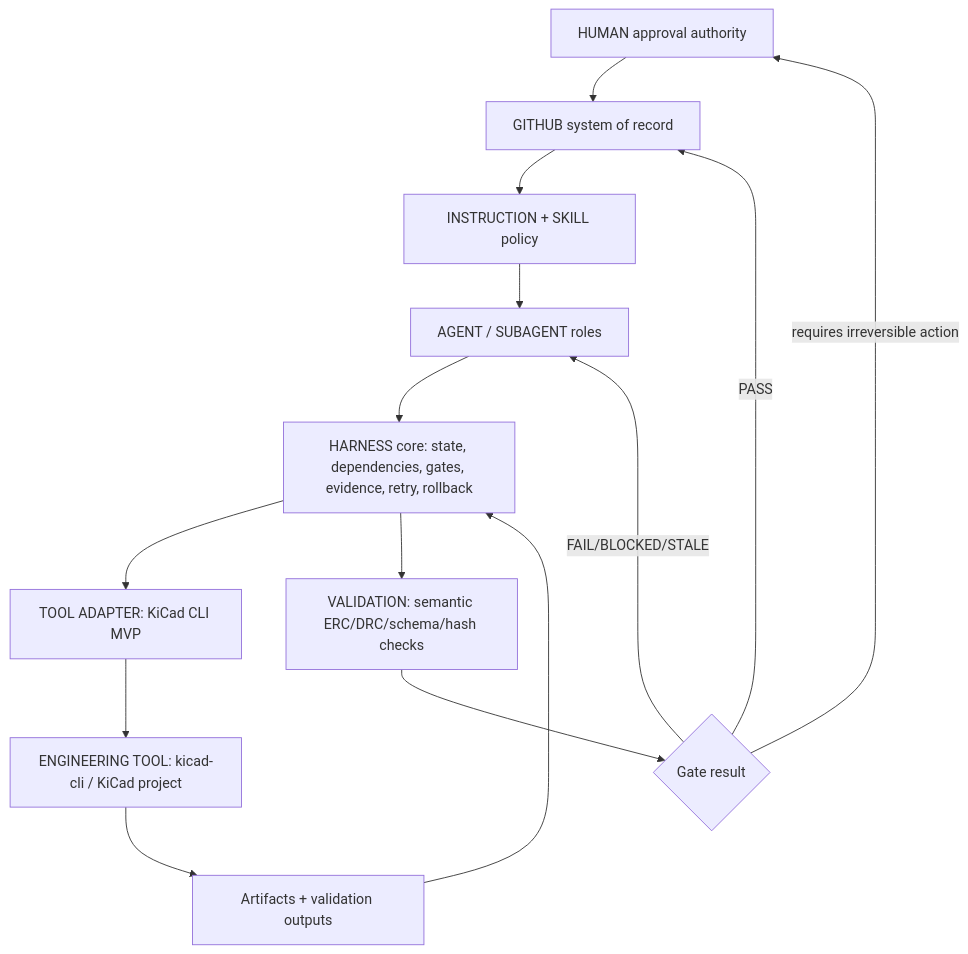
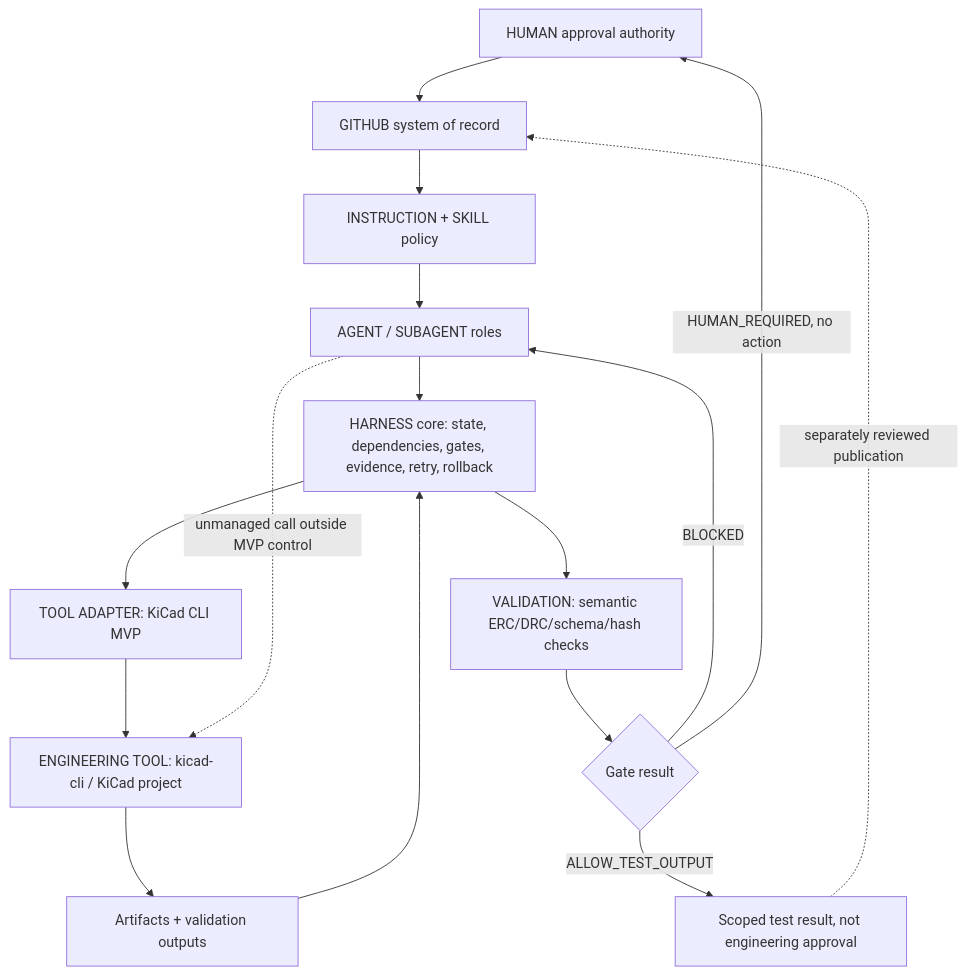
One commit to ktanino10/ai-hardware-engineering-team changed the diagram in docs/engineering-harness-research-2026-09-14/architecture-proposal.md. Above: the diagram before and after it, drawn with Mermaid. The commit also changed other lines of this file and 5 other files, not shown here.

````diff
--- a/docs/engineering-harness-research-2026-09-14/architecture-proposal.md
+++ b/docs/engineering-harness-research-2026-09-14/architecture-proposal.md
@@ -54,16 +54,18 @@
 ```mermaid
 flowchart TD
   Human[HUMAN approval authority] --> GitHub[GITHUB system of record]
   GitHub --> Instructions[INSTRUCTION + SKILL policy]
   Instructions --> Agent[AGENT / SUBAGENT roles]
   Agent --> Harness[HARNESS core: state, dependencies, gates, evidence, retry, rollback]
   Harness --> Adapter[TOOL ADAPTER: KiCad CLI MVP]
   Adapter --> Tool[ENGINEERING TOOL: kicad-cli / KiCad project]
+  Agent -. unmanaged call outside MVP control .-> Tool
   Tool --> Artifacts[Artifacts + validation outputs]
   Artifacts --> Harness
   Harness --> Validation[VALIDATION: semantic ERC/DRC/schema/hash checks]
   Validation --> Gate{Gate result}
-  Gate -- PASS --> GitHub
-  Gate -- FAIL/BLOCKED/STALE --> Agent
-  Gate -- requires irreversible action --> Human
+  Gate -- ALLOW_TEST_OUTPUT --> TestRecord[Scoped test result, not engineering approval]
+  TestRecord -. separately reviewed publication .-> GitHub
+  Gate -- BLOCKED --> Agent
+  Gate -- HUMAN_REQUIRED, no action --> Human
 ```
````
